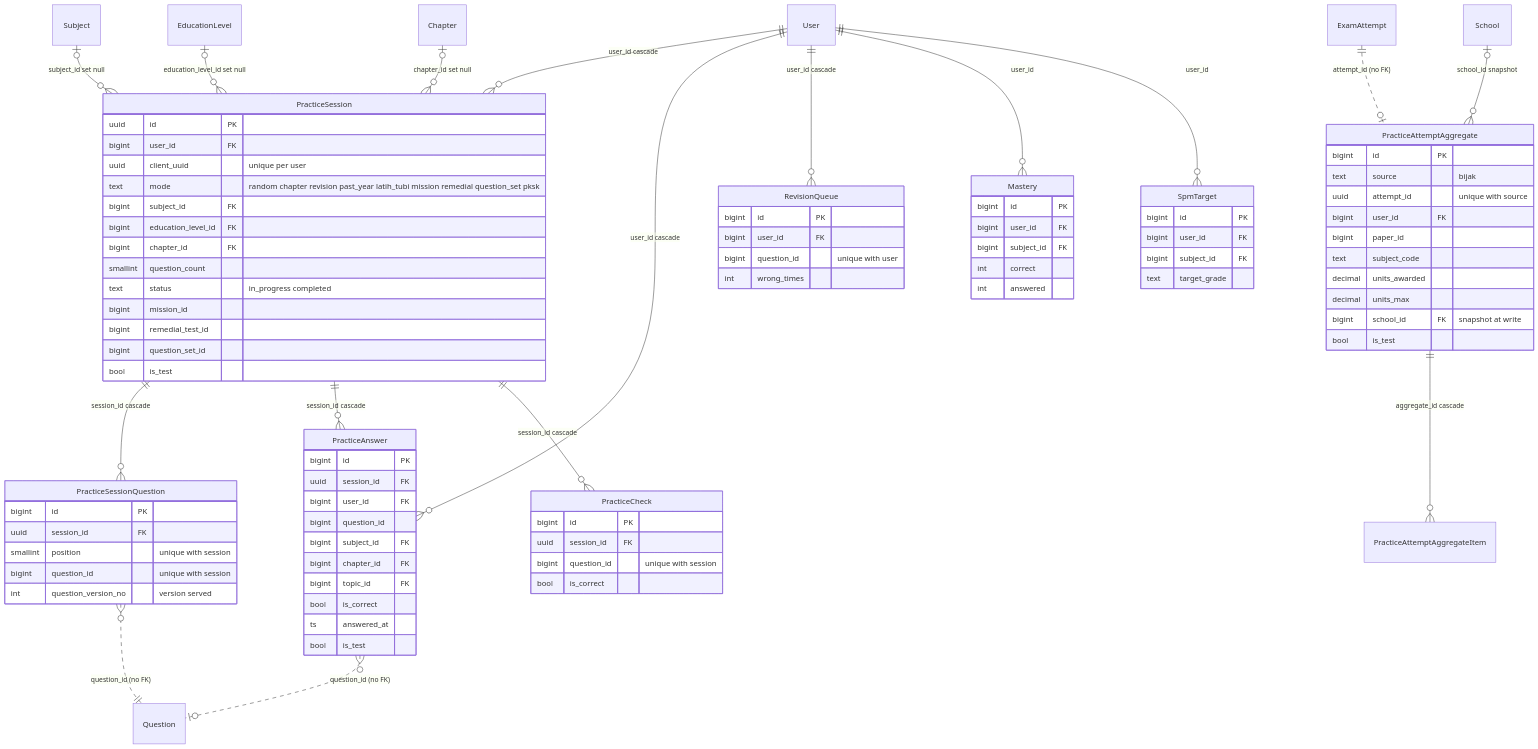
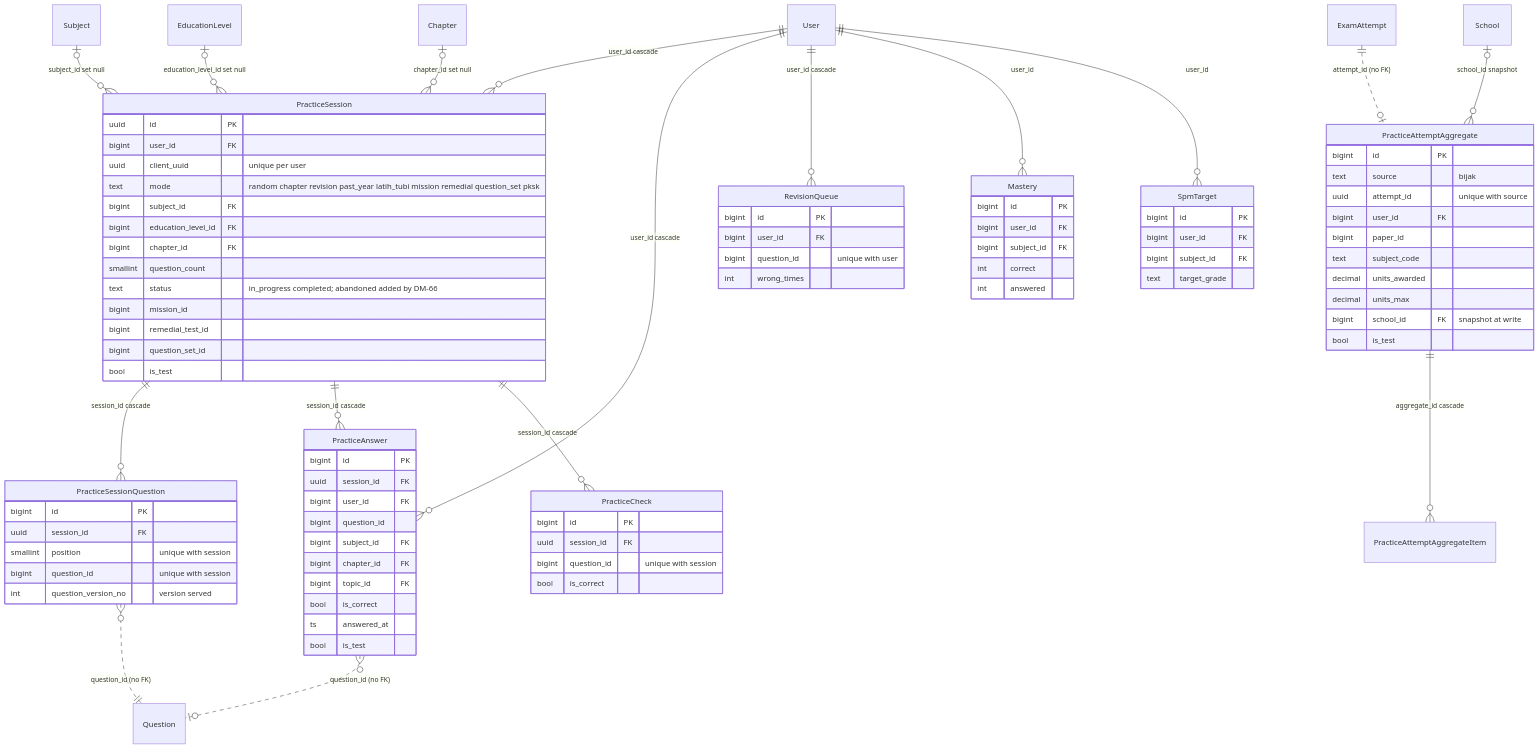
Before and after one commit to amin-kerja-orang/prestasiplus: the fifth of 10 diagrams in docs/prd/r1/50-data-model-erd.md, drawn with Mermaid. The commit also changed other lines of this file, not shown here.

```diff
--- a/docs/prd/r1/50-data-model-erd.md
+++ b/docs/prd/r1/50-data-model-erd.md
@@ -602,7 +602,7 @@
     bigint education_level_id FK
     bigint chapter_id FK
     smallint question_count
-    text status "in_progress completed"
+    text status "in_progress completed; abandoned added by DM-66"
     bigint mission_id
     bigint remedial_test_id
     bigint question_set_id
```
